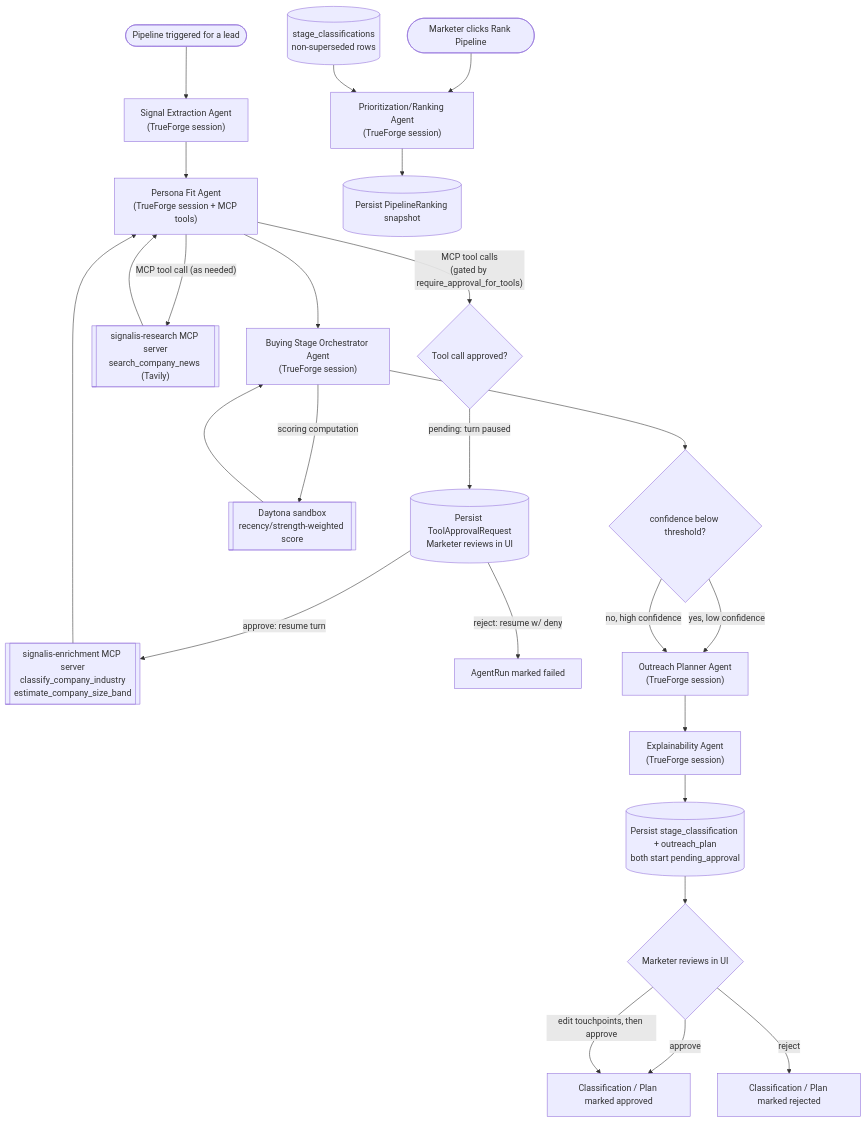
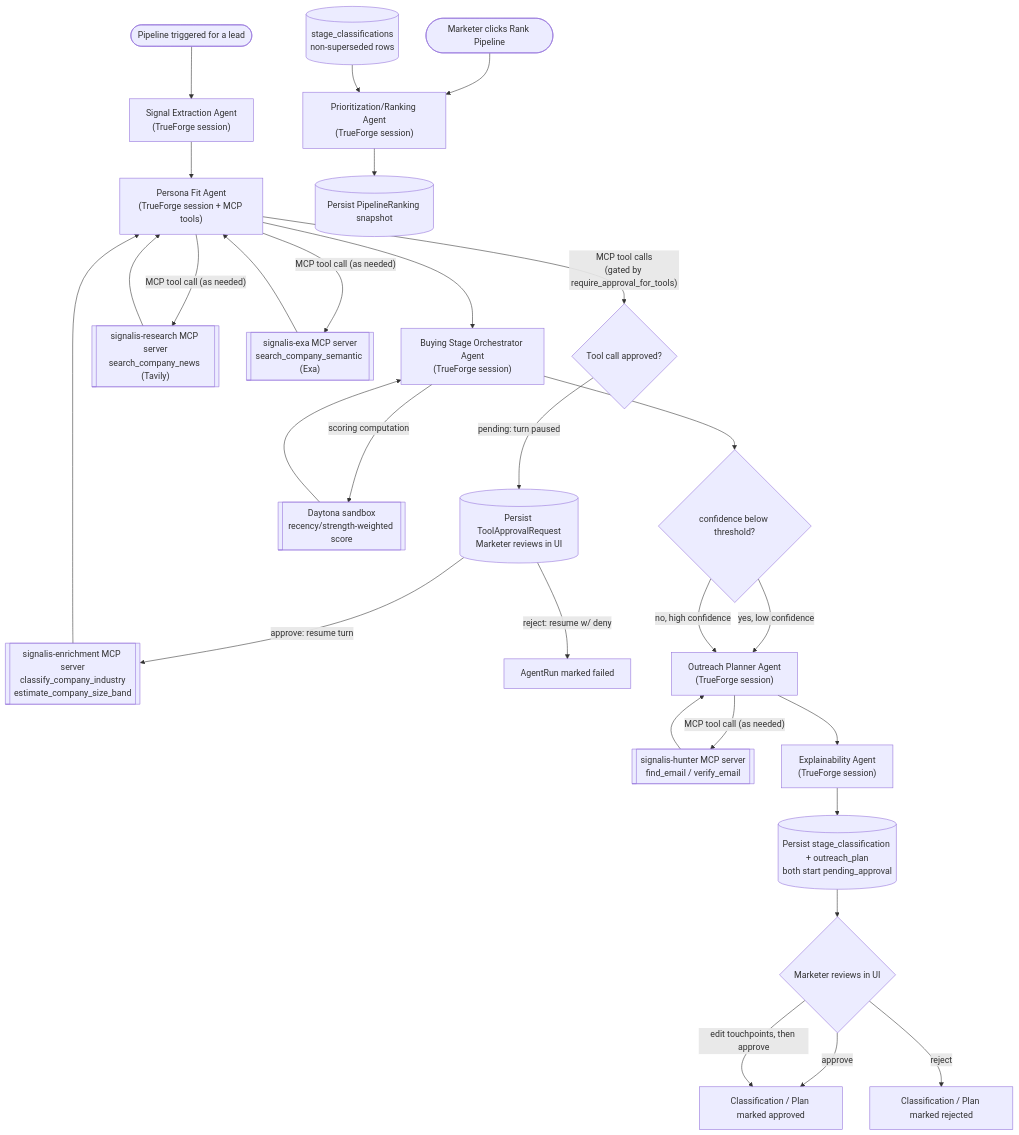
One commit to ram-from-tvl/signalis changed the diagram in docs/AGENT_GRAPH.md. Above: the diagram before and after it, drawn with Mermaid. The commit also changed other lines of this file and 20 other files, not shown here.

First line of the commit message:
feat: add Exa and Hunter.io MCP tools; verified email on outreach plans

````diff
--- a/docs/AGENT_GRAPH.md
+++ b/docs/AGENT_GRAPH.md
@@ -15,28 +15,32 @@
 ```mermaid
 flowchart TD
     Start([Pipeline triggered for a lead]) --> SE["Signal Extraction Agent\n(TrueForge session)"]
     SE --> PF["Persona Fit Agent\n(TrueForge session + MCP tools)"]
     PF -->|"MCP tool calls\n(gated by require_approval_for_tools)"| Gate{Tool call approved?}
     Gate -->|"pending: turn paused"| ToolApproval[(Persist ToolApprovalRequest\nMarketer reviews in UI)]
     ToolApproval -->|approve: resume turn| MCP[["signalis-enrichment MCP server\nclassify_company_industry\nestimate_company_size_band"]]
     ToolApproval -->|reject: resume w/ deny| PFFailed[AgentRun marked failed]
     MCP --> PF
     PF -->|"MCP tool call (as needed)"| RESEARCH[["signalis-research MCP server\nsearch_company_news (Tavily)"]]
     RESEARCH --> PF
+    PF -->|"MCP tool call (as needed)"| EXA[["signalis-exa MCP server\nsearch_company_semantic (Exa)"]]
+    EXA --> PF
     PF --> BS["Buying Stage Orchestrator Agent\n(TrueForge session)"]
     BS -->|"scoring computation"| SB[["Daytona sandbox\nrecency/strength-weighted score"]]
     SB --> BS
     BS --> Decision{confidence below threshold?}
     Decision -->|yes, low confidence| OP["Outreach Planner Agent\n(TrueForge session)"]
     Decision -->|no, high confidence| OP
+    OP -->|"MCP tool call (as needed)"| HUNTER[["signalis-hunter MCP server\nfind_email / verify_email"]]
+    HUNTER --> OP
     OP --> EX["Explainability Agent\n(TrueForge session)"]
     EX --> Persist[(Persist stage_classification + outreach_plan\nboth start pending_approval)]
     Persist --> Human{Marketer reviews in UI}
     Human -->|approve| Approved[Classification / Plan marked approved]
     Human -->|reject| Rejected[Classification / Plan marked rejected]
     Human -->|edit touchpoints, then approve| Approved
 
     RankStart([Marketer clicks Rank Pipeline]) --> Rank["Prioritization/Ranking Agent\n(TrueForge session)"]
     ClassStore[(stage_classifications\nnon-superseded rows)] --> Rank
     Rank --> RankPersist[(Persist PipelineRanking snapshot)]
 ```
````
